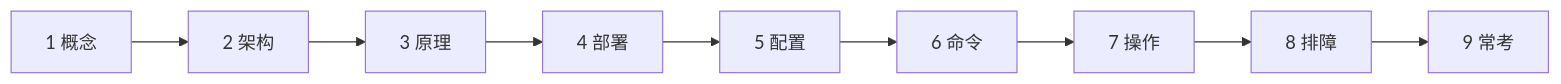
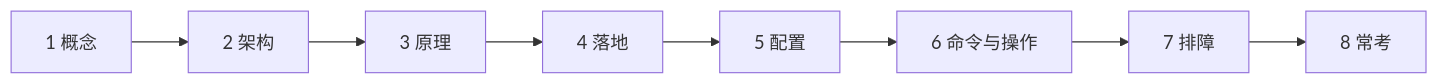
One commit to ml-cuizijun/LearnToLilith changed the first of 7 diagrams in 02-基础底座/13-Systemd与服务管理/知识点.md. Above: the diagram before and after it, drawn with Mermaid. The commit also changed other lines of this file and 213 other files, not shown here.

````diff
--- a/02-基础底座/13-Systemd与服务管理/知识点.md
+++ b/02-基础底座/13-Systemd与服务管理/知识点.md
@@ -3,11 +3,10 @@
 ```mermaid
 flowchart LR
     a[1 概念] --> b[2 架构]
     b --> c[3 原理]
-    c --> d[4 部署]
+    c --> d[4 落地]
     d --> e[5 配置]
-    e --> f[6 命令]
-    f --> g[7 操作]
-    g --> h[8 排障]
-    h --> i[9 常考]
+    e --> f[6 命令与操作]
+    f --> g[7 排障]
+    g --> h[8 常考]
 ```
````
